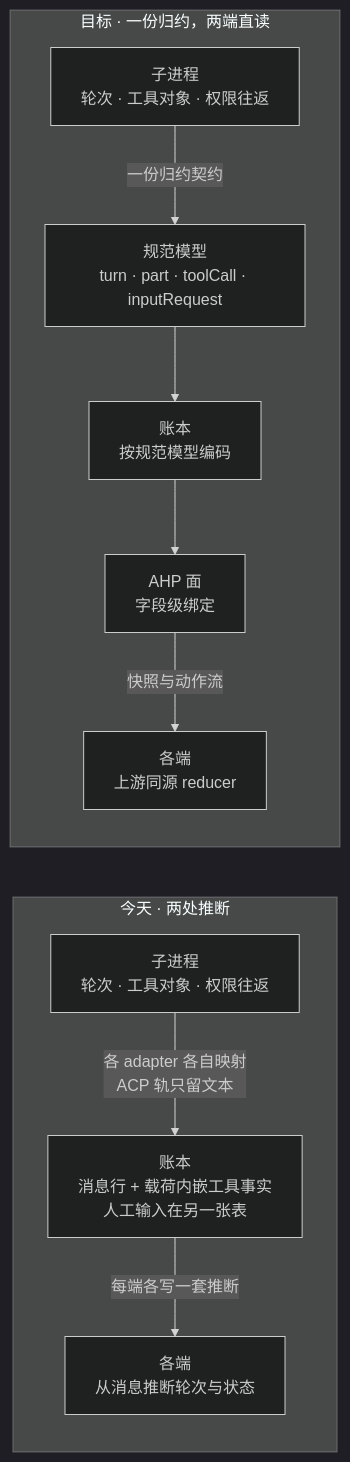
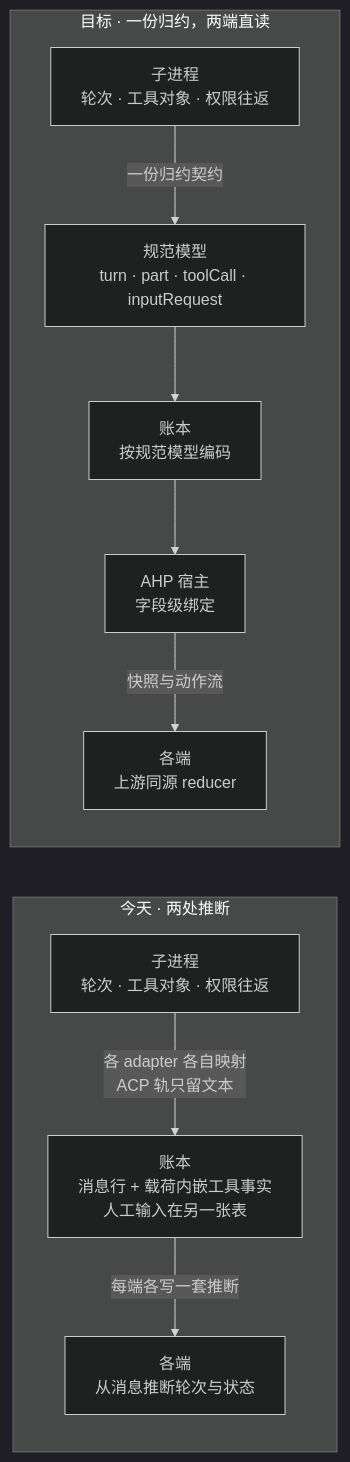
Before and after one commit to Chengchcc/my-agent-team: the second of 2 diagrams in docs/adr/0040-run-contract-acp-surface-contract-ahp.md, drawn with Mermaid (dark theme). The commit also changed other lines of this file and 15 other files, not shown here.

````diff
--- a/docs/adr/0040-run-contract-acp-surface-contract-ahp.md
+++ b/docs/adr/0040-run-contract-acp-surface-contract-ahp.md
@@ -123,22 +127,22 @@
 ```mermaid
 flowchart LR
   subgraph T["今天 · 两处推断"]
     E1["子进程<br/>轮次 · 工具对象 · 权限往返"]
     L1["账本<br/>消息行 + 载荷内嵌工具事实<br/>人工输入在另一张表"]
     S1["各端<br/>从消息推断轮次与状态"]
     E1 -->|"各 adapter 各自映射<br/>ACP 轨只留文本"| L1
     L1 -->|"每端各写一套推断"| S1
   end
 
   subgraph G["目标 · 一份归约，两端直读"]
     E2["子进程<br/>轮次 · 工具对象 · 权限往返"]
     C2["规范模型<br/>turn · part · toolCall · inputRequest"]
     L2["账本<br/>按规范模型编码"]
-    P2["AHP 面<br/>字段级绑定"]
+    P2["AHP 宿主<br/>字段级绑定"]
     S2["各端<br/>上游同源 reducer"]
     E2 -->|"一份归约契约"| C2
     C2 --> L2
     L2 --> P2
     P2 -->|"快照与动作流"| S2
   end
 ```
````
